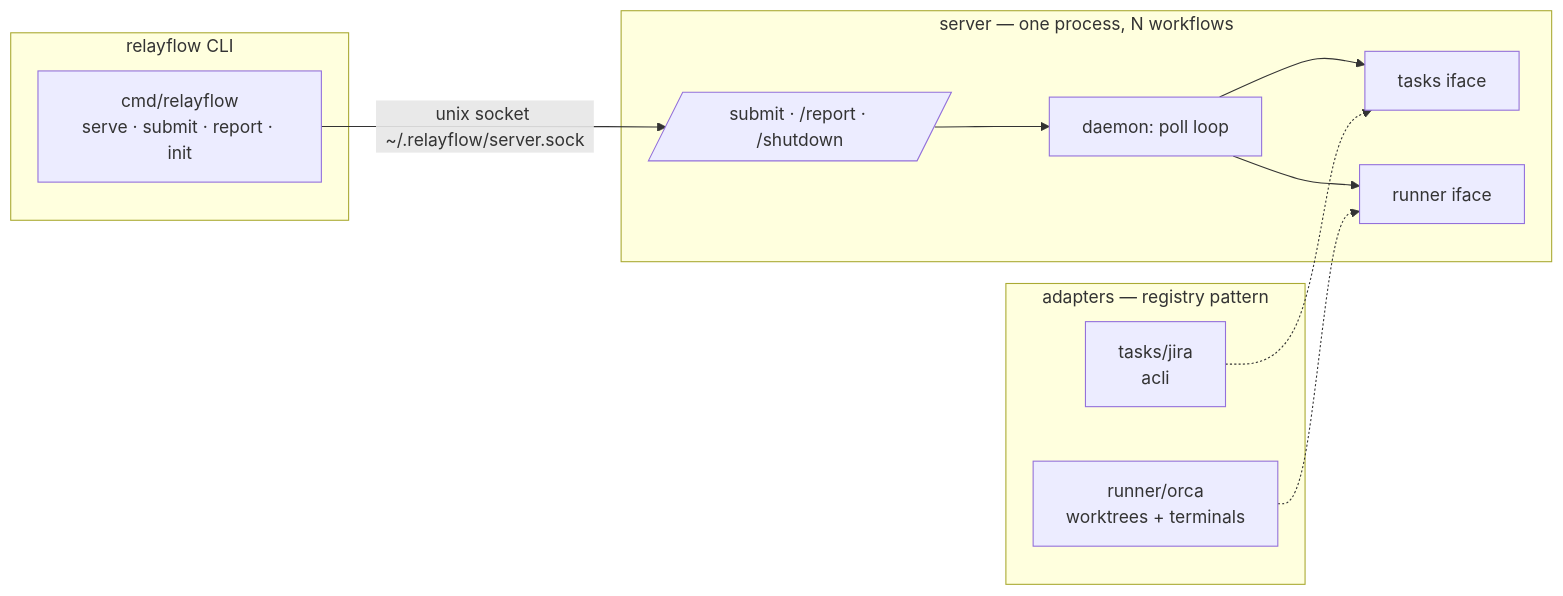
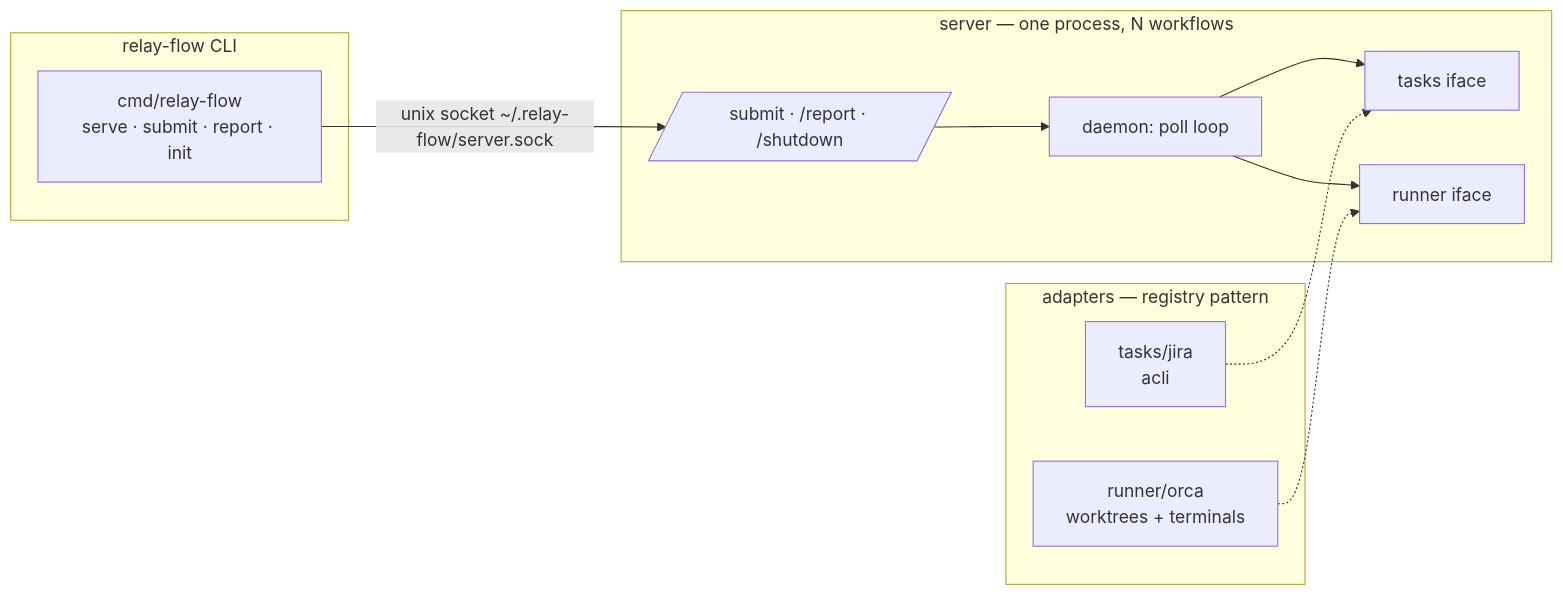
The third of 3 diagrams in README.md (rajpopat27/relay-flow), drawn with Mermaid before and after one commit. The commit also changed other lines of this file and 63 other files, not shown here.

First line of the commit message:
restructure: go.mod at root, rename to relay-flow, npm OIDC publish

````diff
--- a/README.md
+++ b/README.md
@@ -152,17 +152,17 @@
 ```mermaid
 flowchart LR
-    subgraph CLI[relayflow CLI]
-        M[cmd/relayflow<br/>serve · submit · report · init]
+    subgraph CLI[relay-flow CLI]
+        M[cmd/relay-flow<br/>serve · submit · report · init]
     end
     subgraph SRV[server — one process, N workflows]
         H[/submit · /report · /shutdown/]
         D1[daemon: poll loop] --> T1[tasks iface]
         D1 --> R1[runner iface]
     end
     subgraph ADAPTERS[adapters — registry pattern]
         J[tasks/jira<br/>acli] -.-> T1
         O[runner/orca<br/>worktrees + terminals] -.-> R1
     end
-    M -->|unix socket ~/.relayflow/server.sock| H
+    M -->|unix socket ~/.relay-flow/server.sock| H
     H --> D1
 ```
````
